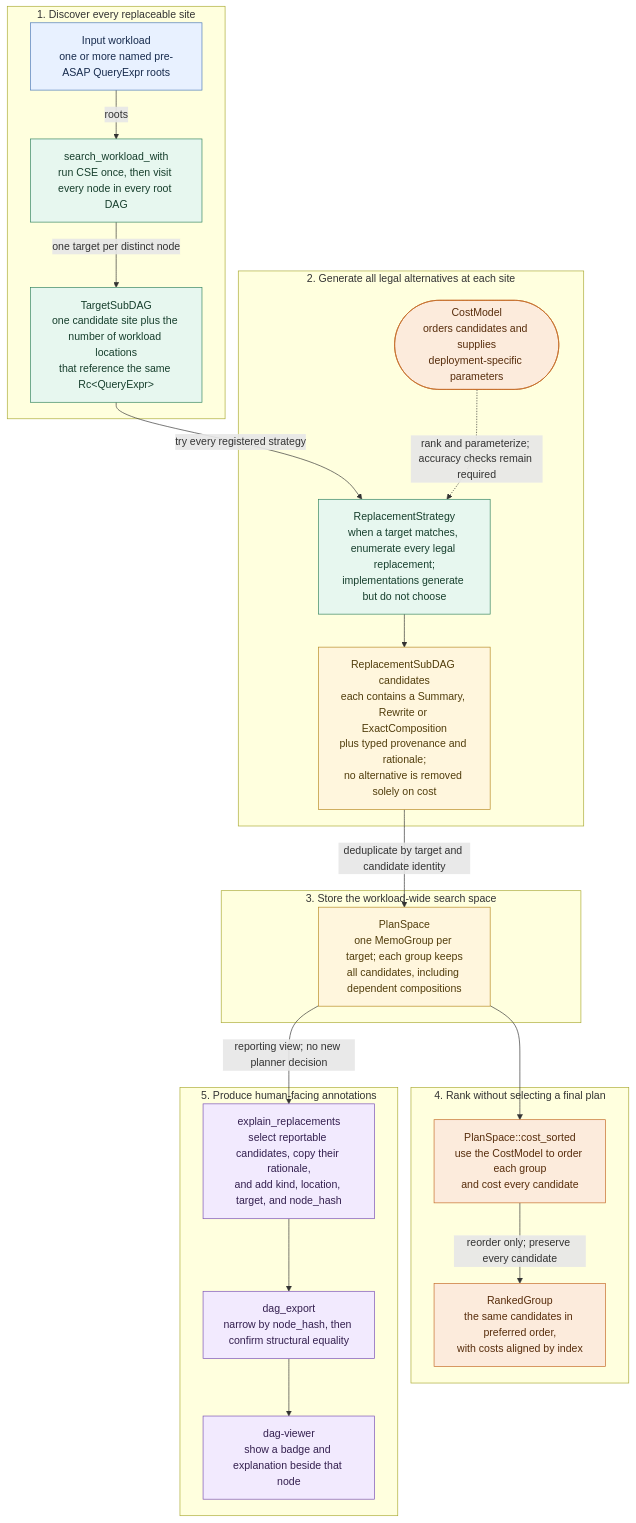
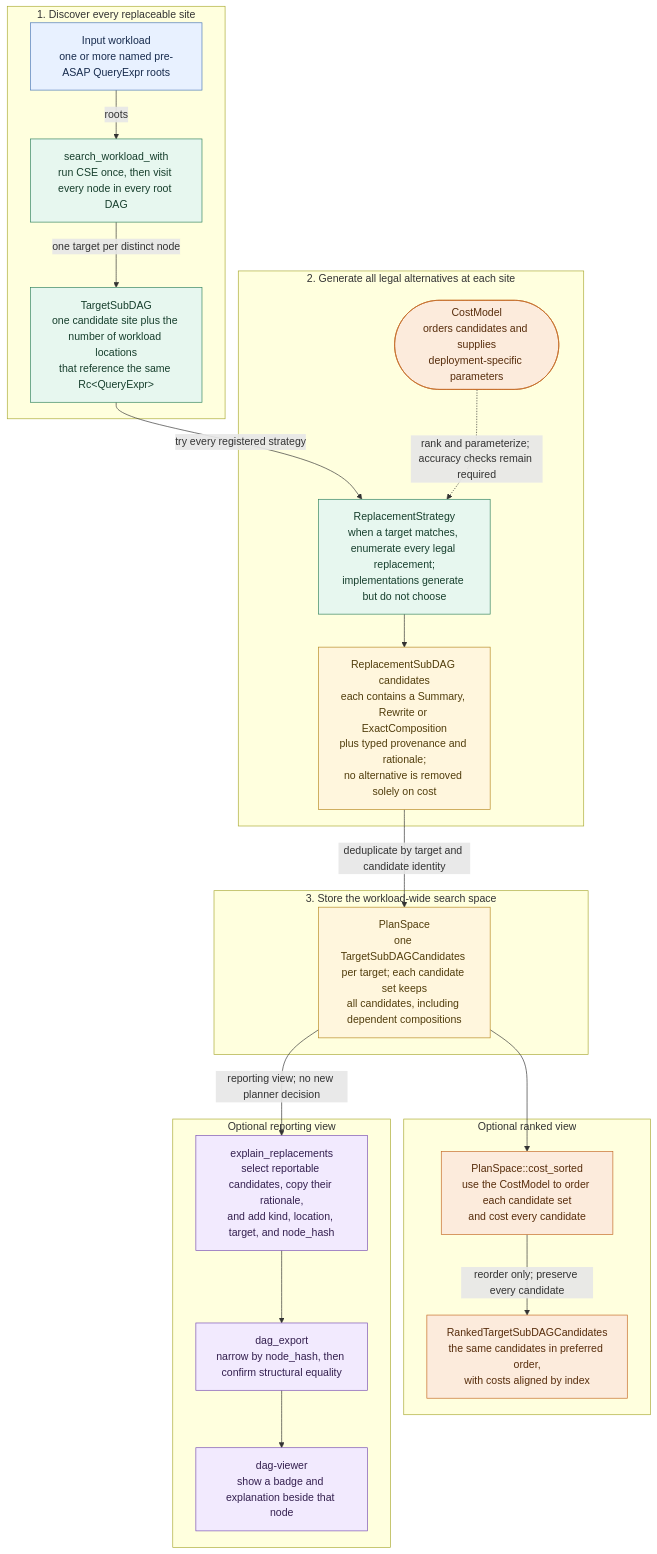
Before and after one commit to ProjectASAP/ASAPPlanner: the first of 2 diagrams in docs/develop_docs/asap-aware-mapping-architecture.md, drawn with Mermaid. The commit also changed other lines of this file and 35 other files, not shown here.

````diff
--- a/docs/develop_docs/asap-aware-mapping-architecture.md
+++ b/docs/develop_docs/asap-aware-mapping-architecture.md
@@ -80,41 +80,41 @@
 ```mermaid
 flowchart TB
   classDef input fill:#e8f1ff,stroke:#4b78b8,color:#172b4d
   classDef generate fill:#e7f7ef,stroke:#31835e,color:#173f2d
   classDef store fill:#fff6dd,stroke:#b78922,color:#513d0c
   classDef choose fill:#fcebdc,stroke:#c46a25,color:#572d0c
   classDef report fill:#f2eafe,stroke:#7950b3,color:#34204f
 
   subgraph DISCOVERY[1. Discover every replaceable site]
     WL["Input workload<br/>one or more named pre-ASAP QueryExpr roots"]:::input
     SEARCH["search_workload_with<br/>run CSE once, then visit every node in every root DAG"]:::generate
     TARGET["TargetSubDAG<br/>one candidate site plus the number of workload locations<br/>that reference the same Rc&lt;QueryExpr&gt;"]:::generate
     WL -->|"roots"| SEARCH -->|"one target per distinct node"| TARGET
   end
 
   subgraph GENERATION[2. Generate all legal alternatives at each site]
     STRATEGY["ReplacementStrategy<br/>when a target matches, enumerate every legal replacement;<br/>implementations generate but do not choose"]:::generate
     CAND["ReplacementSubDAG candidates<br/>each contains a Summary, Rewrite or ExactComposition<br/>plus typed provenance and rationale;<br/>no alternative is removed solely on cost"]:::store
     TARGET -->|"try every registered strategy"| STRATEGY --> CAND
     CM(["CostModel<br/>orders candidates and supplies<br/>deployment-specific parameters"]):::choose
     CM -. "rank and parameterize; accuracy checks remain required" .-> STRATEGY
   end
 
   subgraph SEARCHSPACE[3. Store the workload-wide search space]
-    MEMO["PlanSpace<br/>one MemoGroup per target; each group keeps<br/>all candidates, including dependent compositions"]:::store
-    CAND -->|"deduplicate by target and candidate identity"| MEMO
+    SPACE["PlanSpace<br/>one TargetSubDAGCandidates per target; each candidate set keeps<br/>all candidates, including dependent compositions"]:::store
+    CAND -->|"deduplicate by target and candidate identity"| SPACE
   end
 
-  subgraph RANKING[4. Rank without selecting a final plan]
-    SORT["PlanSpace::cost_sorted<br/>use the CostModel to order each group<br/>and cost every candidate"]:::choose
-    GROUP["RankedGroup<br/>the same candidates in preferred order,<br/>with costs aligned by index"]:::choose
-    MEMO --> SORT -->|"reorder only; preserve every candidate"| GROUP
+  subgraph RANKING[Optional ranked view]
+    SORT["PlanSpace::cost_sorted<br/>use the CostModel to order each candidate set<br/>and cost every candidate"]:::choose
+    RANKED["RankedTargetSubDAGCandidates<br/>the same candidates in preferred order,<br/>with costs aligned by index"]:::choose
+    SPACE --> SORT -->|"reorder only; preserve every candidate"| RANKED
   end
 
-  subgraph REPORTING[5. Produce human-facing annotations]
+  subgraph REPORTING[Optional reporting view]
     EXPLAIN["explain_replacements<br/>select reportable candidates, copy their rationale,<br/>and add kind, location, target, and node_hash"]:::report
     EXPORT["dag_export<br/>narrow by node_hash, then confirm structural equality"]:::report
     VIEWER["dag-viewer<br/>show a badge and explanation beside that node"]:::report
-    MEMO -->|"reporting view; no new planner decision"| EXPLAIN --> EXPORT --> VIEWER
+    SPACE -->|"reporting view; no new planner decision"| EXPLAIN --> EXPORT --> VIEWER
   end
 ```
````
